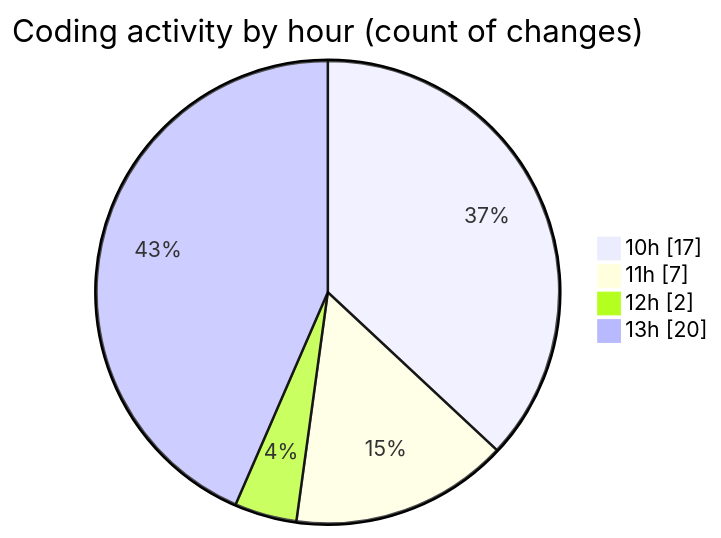
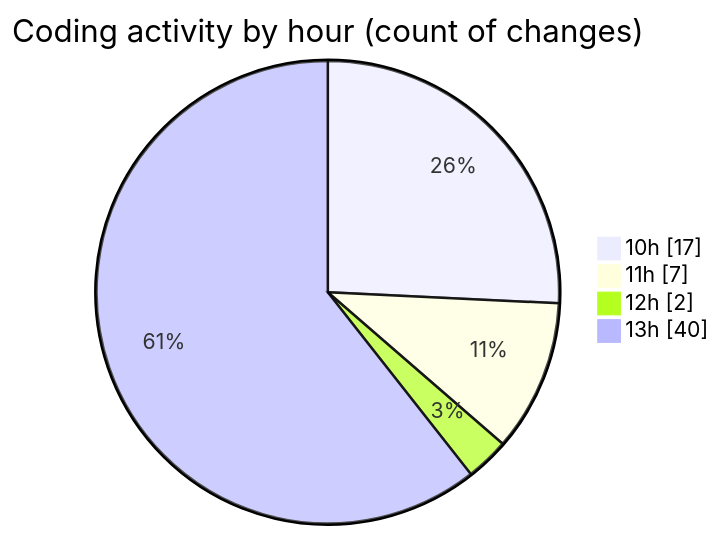
The second of 2 diagrams in 2026-03-02/cda/README.md (momahboobian/code-tracking), drawn with Mermaid before and after one commit. The commit also changed other lines of this file and 1 other file, not shown here.

````diff
--- a/2026-03-02/cda/README.md
+++ b/2026-03-02/cda/README.md
@@ -43,8 +43,8 @@
 ```mermaid
 pie showData
 title Coding activity by hour (count of changes)
 "10h" : 17
 "11h" : 7
 "12h" : 2
-"13h" : 20
+"13h" : 40
 ```
````
